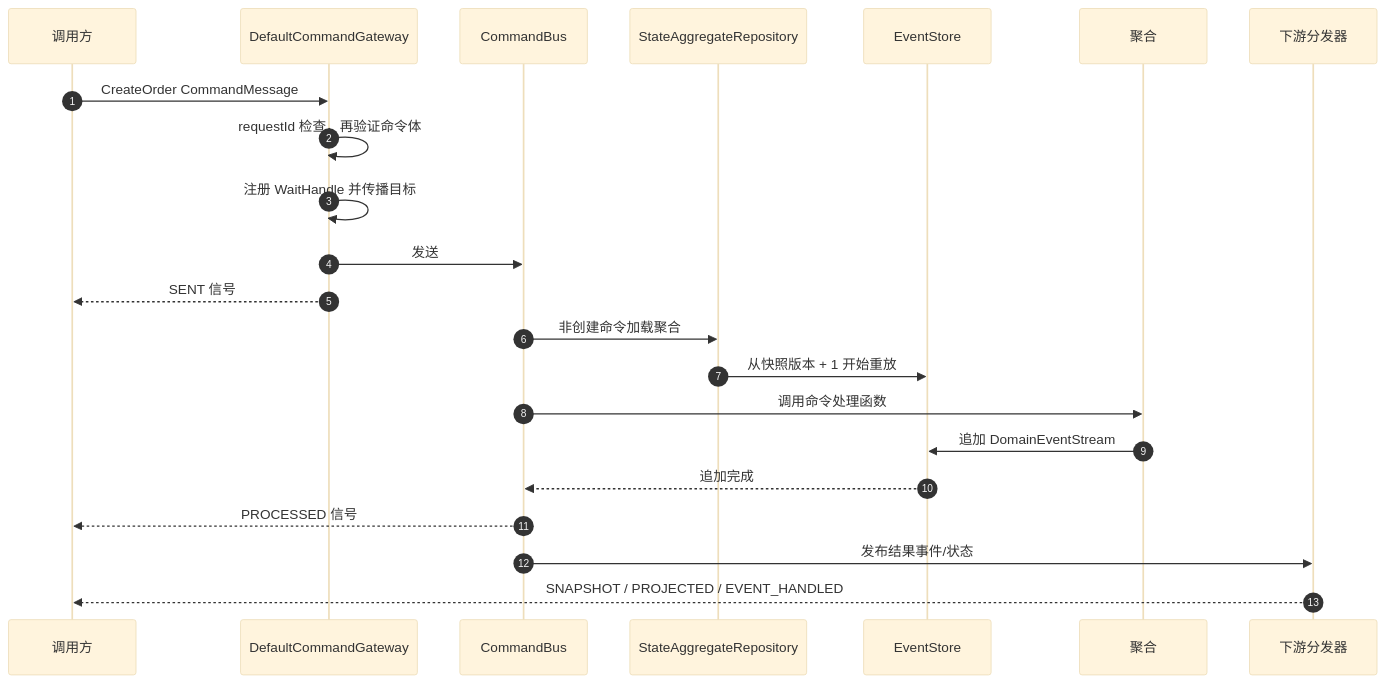
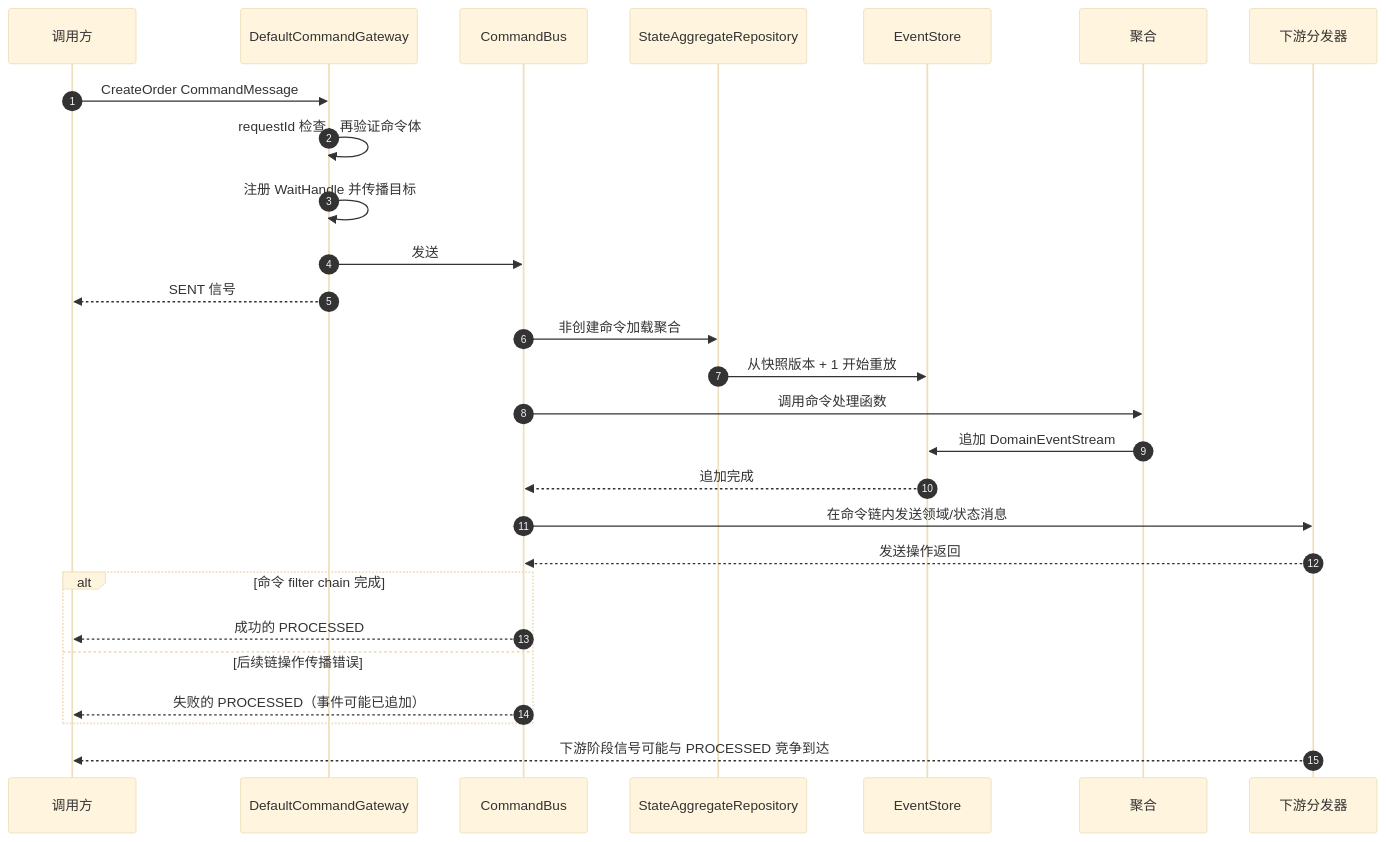
One commit to Ahoo-Wang/Wow changed the second of 2 diagrams in documentation/docs/zh/guide/command-gateway.md. Above: the diagram before and after it, drawn with Mermaid (base theme). The commit also changed other lines of this file and 5 other files, not shown here.

````diff
--- a/documentation/docs/zh/guide/command-gateway.md
+++ b/documentation/docs/zh/guide/command-gateway.md
@@ -167,25 +167,30 @@
 ```mermaid
 sequenceDiagram
     autonumber
     participant C as 调用方
     participant G as DefaultCommandGateway
     participant B as CommandBus
     participant R as StateAggregateRepository
     participant E as EventStore
     participant A as 聚合
     participant D as 下游分发器
 
     C->>G: CreateOrder CommandMessage
     G->>G: requestId 检查，再验证命令体
     G->>G: 注册 WaitHandle 并传播目标
     G->>B: 发送
     G-->>C: SENT 信号
     B->>R: 非创建命令加载聚合
     R->>E: 从快照版本 + 1 开始重放
     B->>A: 调用命令处理函数
     A->>E: 追加 DomainEventStream
     E-->>B: 追加完成
-    B-->>C: PROCESSED 信号
-    B->>D: 发布结果事件/状态
-    D-->>C: SNAPSHOT / PROJECTED / EVENT_HANDLED
+    B->>D: 在命令链内发送领域/状态消息
+    D-->>B: 发送操作返回
+    alt 命令 filter chain 完成
+        B-->>C: 成功的 PROCESSED
+    else 后续链操作传播错误
+        B-->>C: 失败的 PROCESSED（事件可能已追加）
+    end
+    D-->>C: 下游阶段信号可能与 PROCESSED 竞争到达
 ```
````
